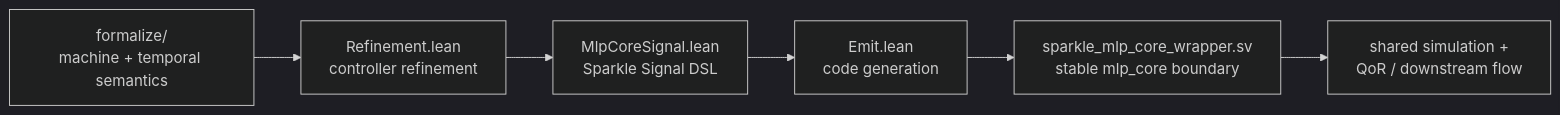
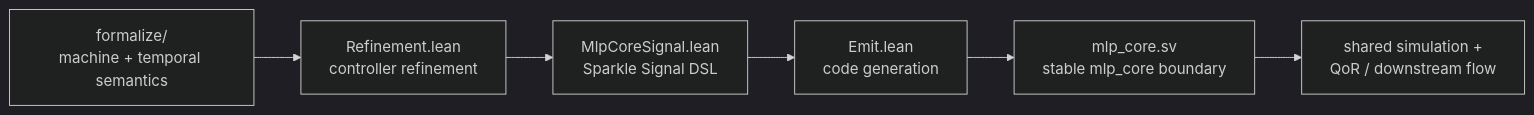
Before and after one commit to dfdgsdfg/ann-rtl-lean-poc: the sixth of 7 diagrams in docs/from-ann-to-proven-hardware.md, drawn with Mermaid (dark theme). The commit also changed other lines of this file and 56 other files, not shown here.

````diff
--- a/docs/from-ann-to-proven-hardware.md
+++ b/docs/from-ann-to-proven-hardware.md
@@ -525,8 +525,8 @@
 ```mermaid
 graph LR
     PURE["formalize/<br/>machine + temporal semantics"] --> CTRL["Refinement.lean<br/>controller refinement"]
     CTRL --> DSL["MlpCoreSignal.lean<br/>Sparkle Signal DSL"]
     DSL --> EMIT["Emit.lean<br/>code generation"]
-    EMIT --> WRAP["sparkle_mlp_core_wrapper.sv<br/>stable mlp_core boundary"]
+    EMIT --> WRAP["mlp_core.sv<br/>stable mlp_core boundary"]
     WRAP --> CHECK["shared simulation +<br/>QoR / downstream flow"]
 ```
````
